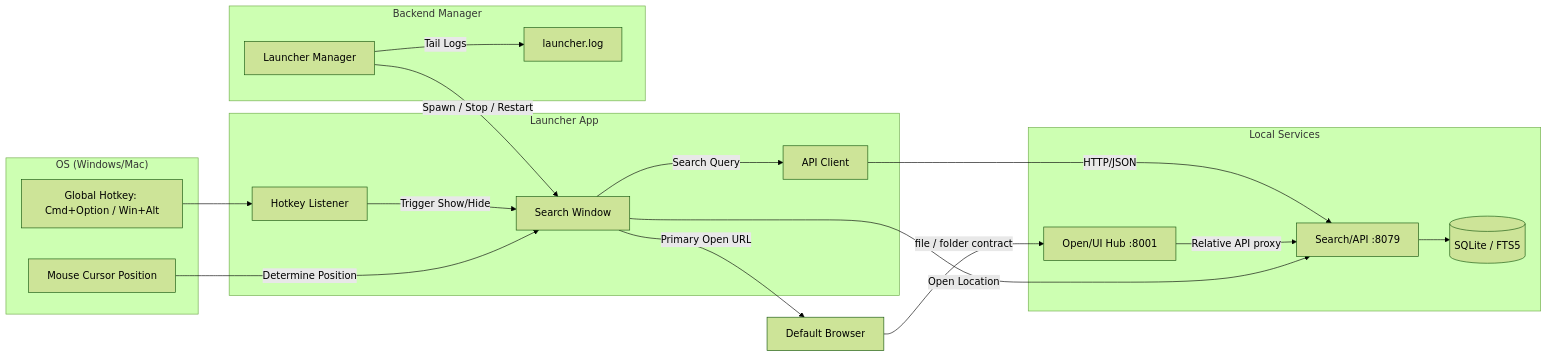
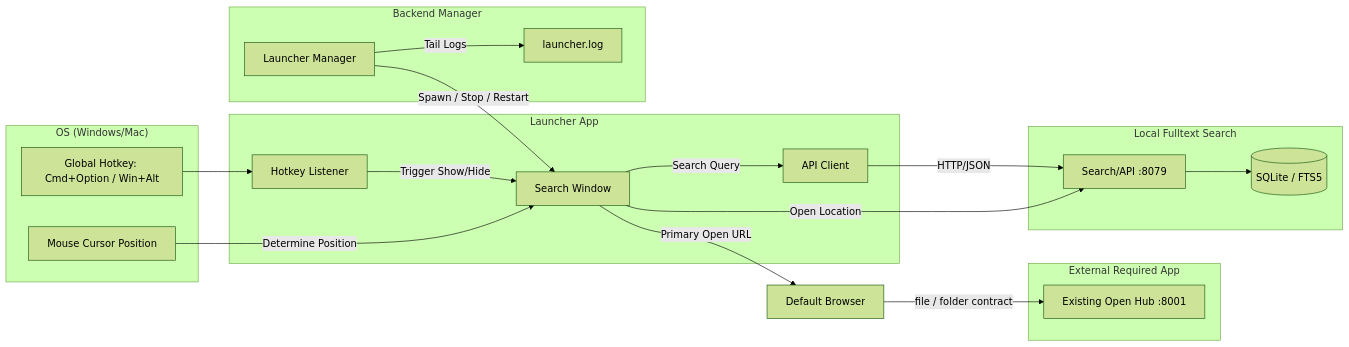
Before and after one commit to myao9494/Local-fulltext-search: the diagram in launcher/docs/architecture.md, drawn with Mermaid (forest theme). The commit also changed other lines of this file and 22 other files, not shown here.

````diff
--- a/launcher/docs/architecture.md
+++ b/launcher/docs/architecture.md
@@ -14,37 +14,39 @@
 ```mermaid
 graph LR
     subgraph "OS (Windows/Mac)"
         HK[Global Hotkey: Cmd+Option / Win+Alt]
         Mouse[Mouse Cursor Position]
     end
 
     subgraph "Launcher App"
         UI[Search Window]
         Client[API Client]
         Listener[Hotkey Listener]
     end
 
     subgraph "Backend Manager"
         LM[Launcher Manager]
         Log[launcher.log]
     end
 
-    subgraph "Local Services"
-        HUB[Open/UI Hub :8001]
+    subgraph "External Required App"
+        HUB[Existing Open Hub :8001]
+    end
+
+    subgraph "Local Fulltext Search"
         API[Search/API :8079]
         DB[(SQLite / FTS5)]
     end
 
     HK --> Listener
     Listener -->|Trigger Show/Hide| UI
     Mouse -->|Determine Position| UI
     UI -->|Search Query| Client
     Client -->|HTTP/JSON| API
     API --> DB
     UI -->|Primary Open URL| Browser[Default Browser]
     Browser -->|file / folder contract| HUB
-    HUB -->|Relative API proxy| API
     UI -->|Open Location| API
     LM -->|Spawn / Stop / Restart| UI
     LM -->|Tail Logs| Log
 ```
````
